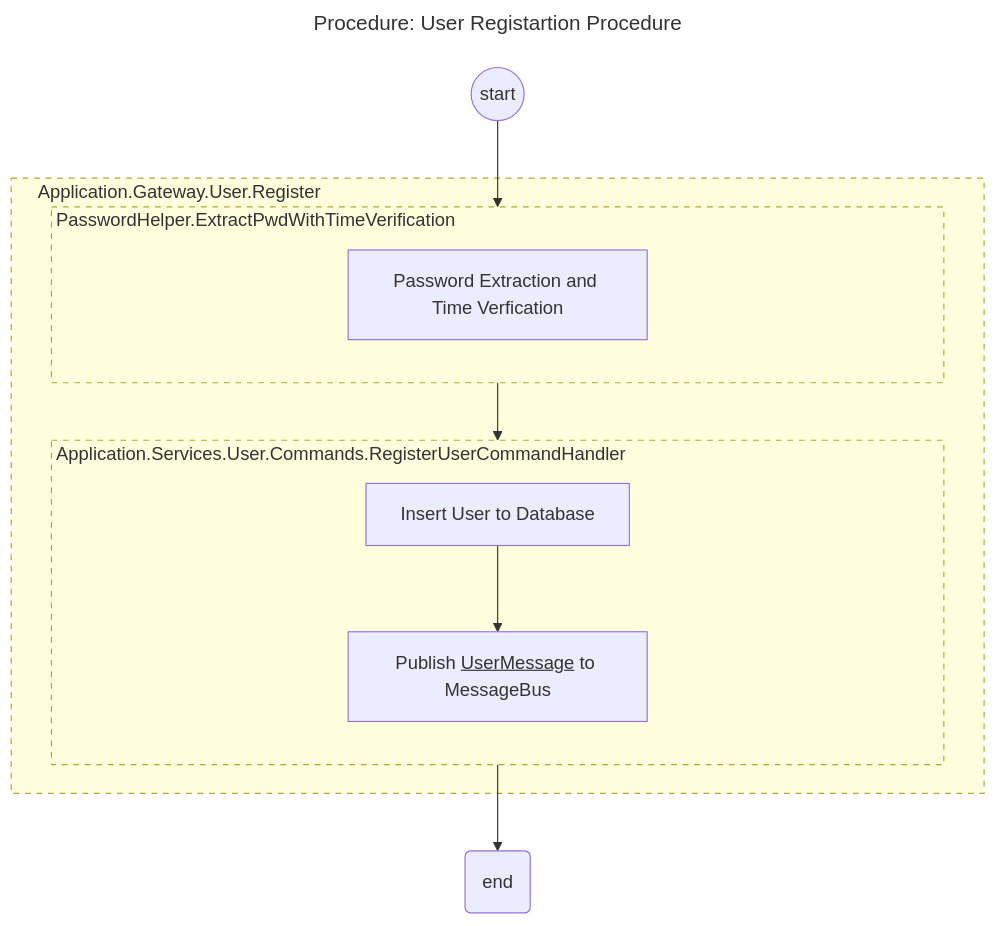
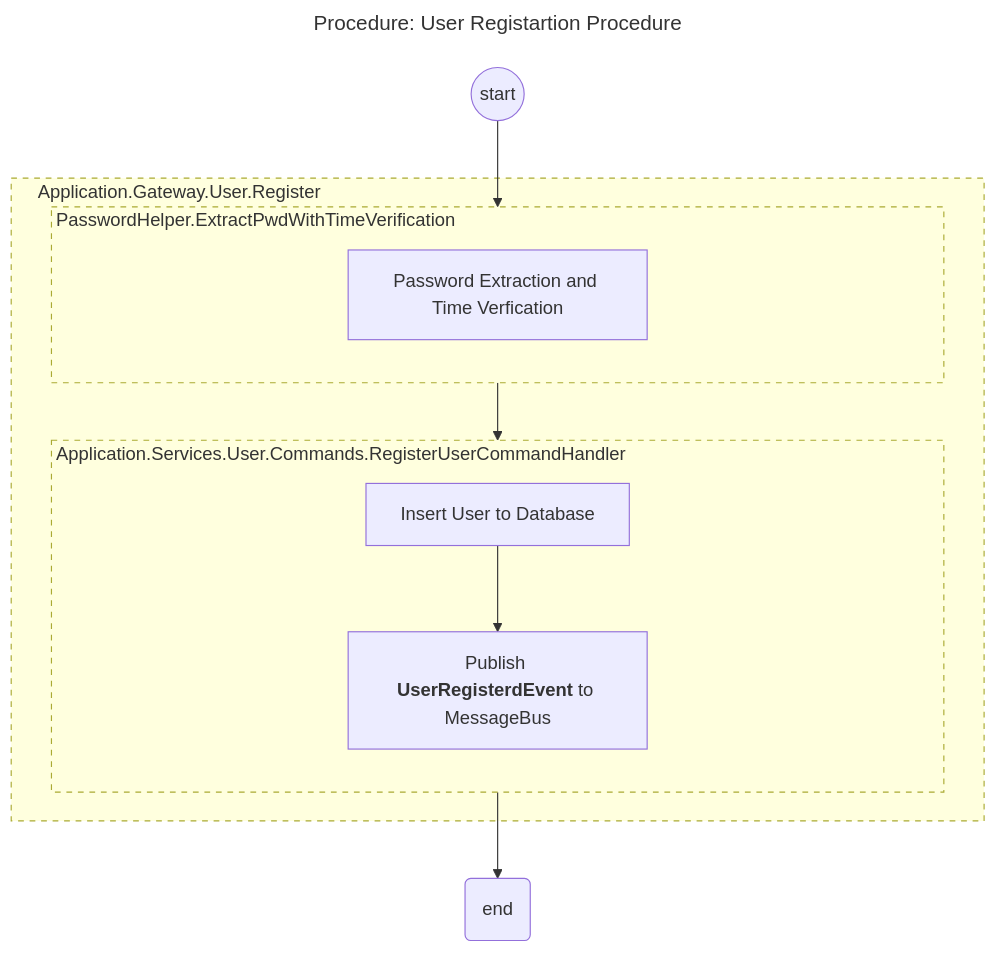
One commit to sdlfly2000/AuthenticationServer changed the diagram in UML/Application/Application.Gateway.md. Above: the diagram before and after it, drawn with Mermaid.

Commit message:
#4 [UML] Update UserRegisterdEvent

````diff
--- a/UML/Application/Application.Gateway.md
+++ b/UML/Application/Application.Gateway.md
@@ -3,34 +3,34 @@
 ```mermaid
 ---
 title: "Procedure: User Registartion Procedure"
 ---
 
 flowchart TB
     start_overall((start))
 
     subgraph user_register[<div style='display:flex; justify-content:flex-start; align-items:flex-start;width:50em'>Application.Gateway.User.Register</div>]
 
         subgraph password_extraction_verification[<div style='display:flex; justify-content:flex-start; align-items:flex-start;width:48em'>PasswordHelper.ExtractPwdWithTimeVerification</div>]
             direction TB
             PwdExtraction[Password Extraction and Time Verfication]
         end
 
         subgraph insert_user_database[<div style='display:flex; justify-content:flex-start; align-items:flex-start;width:48em'>Application.Services.User.Commands.RegisterUserCommandHandler</div>]
             direction TB
             InsertUser[Insert User to Database]
-            PublishUserMessage[Publish <u>UserMessage</u> to MessageBus]
+            PublishUserMessage["`Publish **UserRegisterdEvent** to MessageBus`"]
         end
     end
 
     end_overall(end)
 
     %%{relationship}%%
     start_overall --> PwdExtraction -->
     InsertUser --> PublishUserMessage -->
     end_overall
 
     %% Custom Styles
     style user_register stroke-dasharray: 5 5;
     style password_extraction_verification stroke-dasharray: 5 5;
     style insert_user_database stroke-dasharray: 5 5;        
 ```
````
